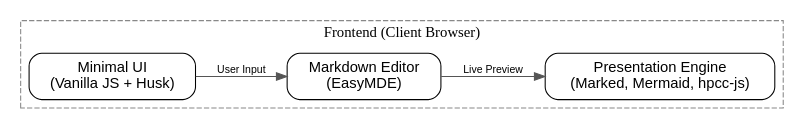
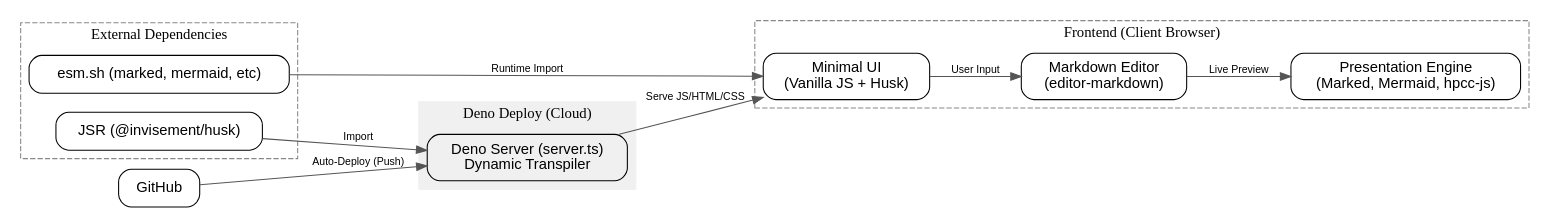
The diagram in SPEC.md (invisement/markdown-presentation), drawn with Graphviz before and after one commit. The commit also changed other lines of this file and 6 other files, not shown here.

Commit message:
feat: refactor husk integration and simplify server.ts

````diff
--- a/SPEC.md
+++ b/SPEC.md
@@ -36,20 +36,40 @@
 ```dot
 digraph Architecture {
     rankdir=LR;
     node [shape=box, style=rounded, fontname="Helvetica", margin="0.2,0.1"];
     edge [fontname="Helvetica", fontsize=10, color="#555555"];
+
+    subgraph cluster_external {
+        label="External Dependencies";
+        style=dashed;
+        color="#888888";
+        JSR [label="JSR (@invisement/husk)"];
+        ESMSH [label="esm.sh (marked, mermaid, etc)"];
+    }
+
+    subgraph cluster_hosting {
+        label="Deno Deploy (Cloud)";
+        style=filled;
+        color="#f0f0f0";
+        Server [label="Deno Server (server.ts)\nDynamic Transpiler"];
+    }
 
     subgraph cluster_frontend {
         label="Frontend (Client Browser)";
         style=dashed;
         color="#888888";
         
         UI [label="Minimal UI\n(Vanilla JS + Husk)"];
-        Editor [label="Markdown Editor\n(EasyMDE)"];
+        Editor [label="Markdown Editor\n(editor-markdown)"];
         Renderer [label="Presentation Engine\n(Marked, Mermaid, hpcc-js)"];
         
         UI -> Editor [label="User Input"];
         Editor -> Renderer [label="Live Preview"];
     }
+
+    GitHub -> Server [label="Auto-Deploy (Push)"];
+    JSR -> Server [label="Import"];
+    Server -> UI [label="Serve JS/HTML/CSS"];
+    ESMSH -> UI [label="Runtime Import"];
 }
 ```
````
